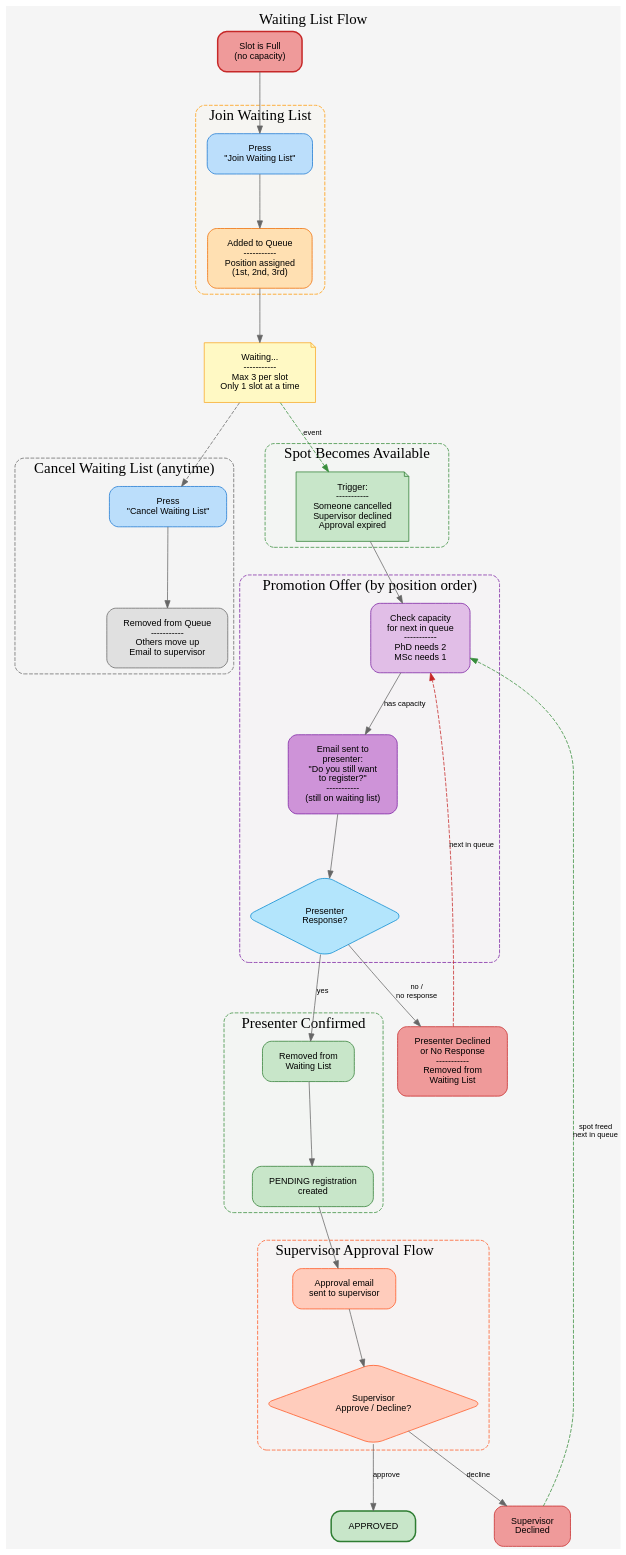
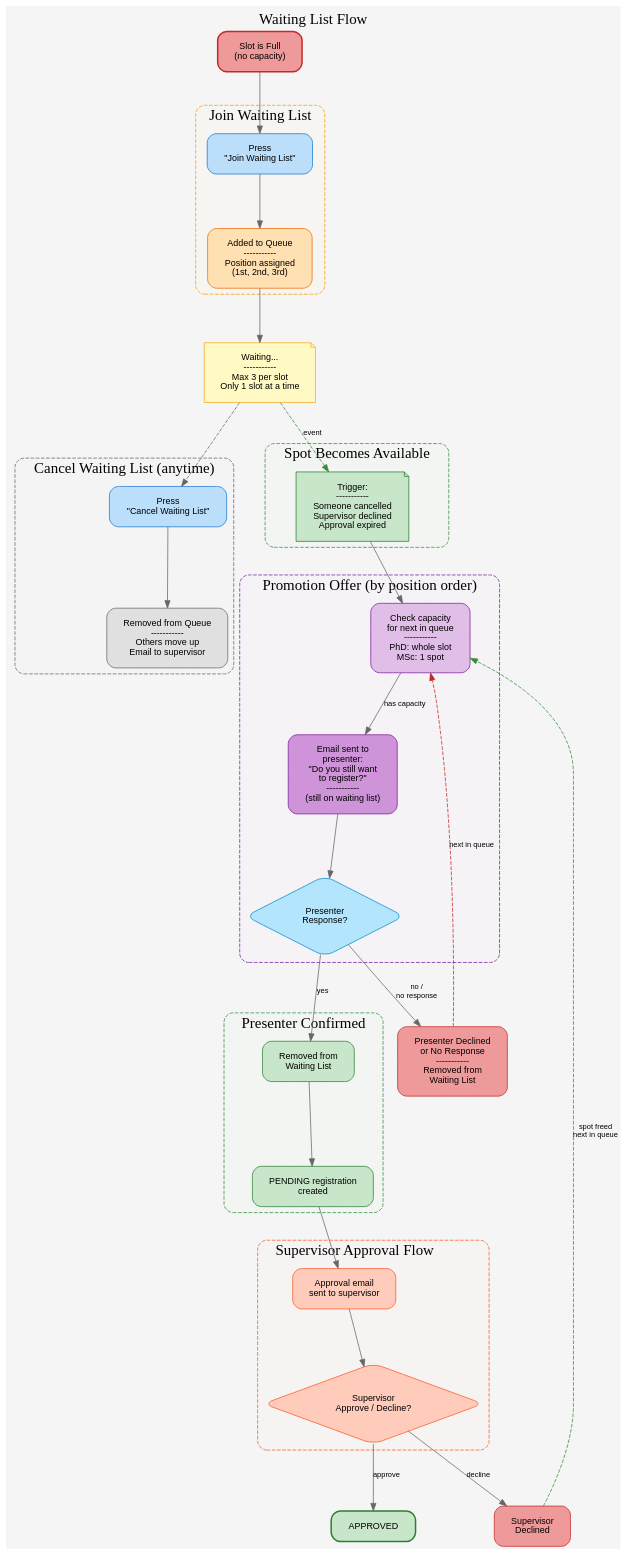
One commit to benariet/SemScan-Project changed the diagram in diagrams/02-waiting-list-flow.dot. Above: the diagram before and after it, drawn with Graphviz. The commit also changed 37 other files, not shown here.

```diff
--- a/diagrams/02-waiting-list-flow.dot
+++ b/diagrams/02-waiting-list-flow.dot
@@ -1,147 +1,147 @@
 digraph WaitingListFlow {
     label="Waiting List Flow";
     labelloc="t";
     fontsize=20;
     fontname="Arial Bold";
 
     rankdir=TB;
     splines=true;
     nodesep=0.8;
     ranksep=1.0;
     bgcolor="#f5f5f5";
 
     node [
         shape=box,
         style="rounded,filled",
         fontname="Arial",
         fontsize=12,
         margin="0.3,0.2"
     ];
 
     edge [
         fontname="Arial",
         fontsize=10,
         color="#666666"
     ];
 
     // Entry Point
     SlotFull [label="Slot is Full\n(no capacity)", fillcolor="#ef9a9a", color="#c62828", penwidth=2];
 
     // Join Waiting List
     subgraph cluster_join {
         label="Join Waiting List";
         labeljust="l";
         style="rounded,dashed";
         color="#ff9800";
         bgcolor="#fff3e022";
 
         JoinBtn [label="Press\n\"Join Waiting List\"", fillcolor="#bbdefb", color="#1976d2"];
         AddedToQueue [label="Added to Queue\n-----------\nPosition assigned\n(1st, 2nd, 3rd)", fillcolor="#ffe0b2", color="#ef6c00"];
     }
 
     // Waiting State
     Waiting [label="Waiting...\n-----------\nMax 3 per slot\nOnly 1 slot at a time", fillcolor="#fff9c4", color="#f9a825", shape=note];
 
     // Spot Opens Trigger
     subgraph cluster_trigger {
         label="Spot Becomes Available";
         labeljust="l";
         style="rounded,dashed";
         color="#388e3c";
         bgcolor="#e8f5e922";
 
         TriggerEvent [label="Trigger:\n-----------\nSomeone cancelled\nSupervisor declined\nApproval expired", fillcolor="#c8e6c9", color="#2e7d32", shape=note];
     }
 
     // Promotion Offer (user still on waiting list)
     subgraph cluster_promotion {
         label="Promotion Offer (by position order)";
         labeljust="l";
         style="rounded,dashed";
         color="#7b1fa2";
         bgcolor="#f3e5f522";
 
-        CheckCapacity [label="Check capacity\nfor next in queue\n-----------\nPhD needs 2\nMSc needs 1", fillcolor="#e1bee7", color="#7b1fa2"];
+        CheckCapacity [label="Check capacity\nfor next in queue\n-----------\nPhD: whole slot\nMSc: 1 spot", fillcolor="#e1bee7", color="#7b1fa2"];
         PresenterEmail [label="Email sent to\npresenter:\n\"Do you still want\nto register?\"\n-----------\n(still on waiting list)", fillcolor="#ce93d8", color="#7b1fa2"];
         PresenterDecision [label="Presenter\nResponse?", fillcolor="#b3e5fc", color="#0288d1", shape=diamond];
     }
 
     // Presenter declines or no response
     PresenterDeclined [label="Presenter Declined\nor No Response\n-----------\nRemoved from\nWaiting List", fillcolor="#ef9a9a", color="#c62828"];
 
     // Presenter confirms - NOW removed and registration created
     subgraph cluster_confirm {
         label="Presenter Confirmed";
         labeljust="l";
         style="rounded,dashed";
         color="#388e3c";
         bgcolor="#e8f5e922";
 
         RemovedFromQueue [label="Removed from\nWaiting List", fillcolor="#c8e6c9", color="#2e7d32"];
         PendingCreated [label="PENDING registration\ncreated", fillcolor="#c8e6c9", color="#2e7d32"];
     }
 
     // Supervisor Approval (after presenter confirms)
     subgraph cluster_approval {
         label="Supervisor Approval Flow";
         labeljust="l";
         style="rounded,dashed";
         color="#ff5722";
         bgcolor="#fbe9e722";
 
         ApprovalEmail [label="Approval email\nsent to supervisor", fillcolor="#ffccbc", color="#ff5722"];
         SupervisorDecision [label="Supervisor\nApprove / Decline?", fillcolor="#ffccbc", color="#ff5722", shape=diamond];
     }
 
     // Outcomes
     Approved [label="APPROVED", fillcolor="#c8e6c9", color="#2e7d32", penwidth=2];
     SupervisorDeclined [label="Supervisor\nDeclined", fillcolor="#ef9a9a", color="#c62828"];
 
     // Cancel Waiting List
     subgraph cluster_cancel {
         label="Cancel Waiting List (anytime)";
         labeljust="l";
         style="rounded,dashed";
         color="#666666";
         bgcolor="#eeeeee22";
 
         CancelBtn [label="Press\n\"Cancel Waiting List\"", fillcolor="#bbdefb", color="#1976d2"];
         CancelledNote [label="Removed from Queue\n-----------\nOthers move up\nEmail to supervisor", fillcolor="#e0e0e0", color="#666666"];
     }
 
     // ==================== CONNECTIONS ====================
 
     // Join flow (NO EMAIL)
     SlotFull -> JoinBtn;
     JoinBtn -> AddedToQueue;
     AddedToQueue -> Waiting;
 
     // Trigger starts promotion
     Waiting -> TriggerEvent [style=dashed, label="event", color="#388e3c"];
     TriggerEvent -> CheckCapacity;
 
     // Promotion offer flow (user still on waiting list)
     CheckCapacity -> PresenterEmail [label="has capacity"];
     PresenterEmail -> PresenterDecision;
 
     // Presenter response
     PresenterDecision -> PresenterDeclined [label="no /\nno response"];
     PresenterDecision -> RemovedFromQueue [label="yes"];
 
     // Presenter declined -> next in queue
     PresenterDeclined -> CheckCapacity [style=dashed, color="#c62828", label="next in queue"];
 
     // Presenter confirmed -> removed -> pending -> supervisor
     RemovedFromQueue -> PendingCreated;
     PendingCreated -> ApprovalEmail;
     ApprovalEmail -> SupervisorDecision;
     SupervisorDecision -> Approved [label="approve"];
     SupervisorDecision -> SupervisorDeclined [label="decline"];
 
     // Supervisor declined -> next in queue
     SupervisorDeclined -> CheckCapacity [style=dashed, color="#388e3c", label="spot freed\nnext in queue"];
 
     // Cancel path
     Waiting -> CancelBtn [style=dashed, color="#666666"];
     CancelBtn -> CancelledNote;
 }
```
